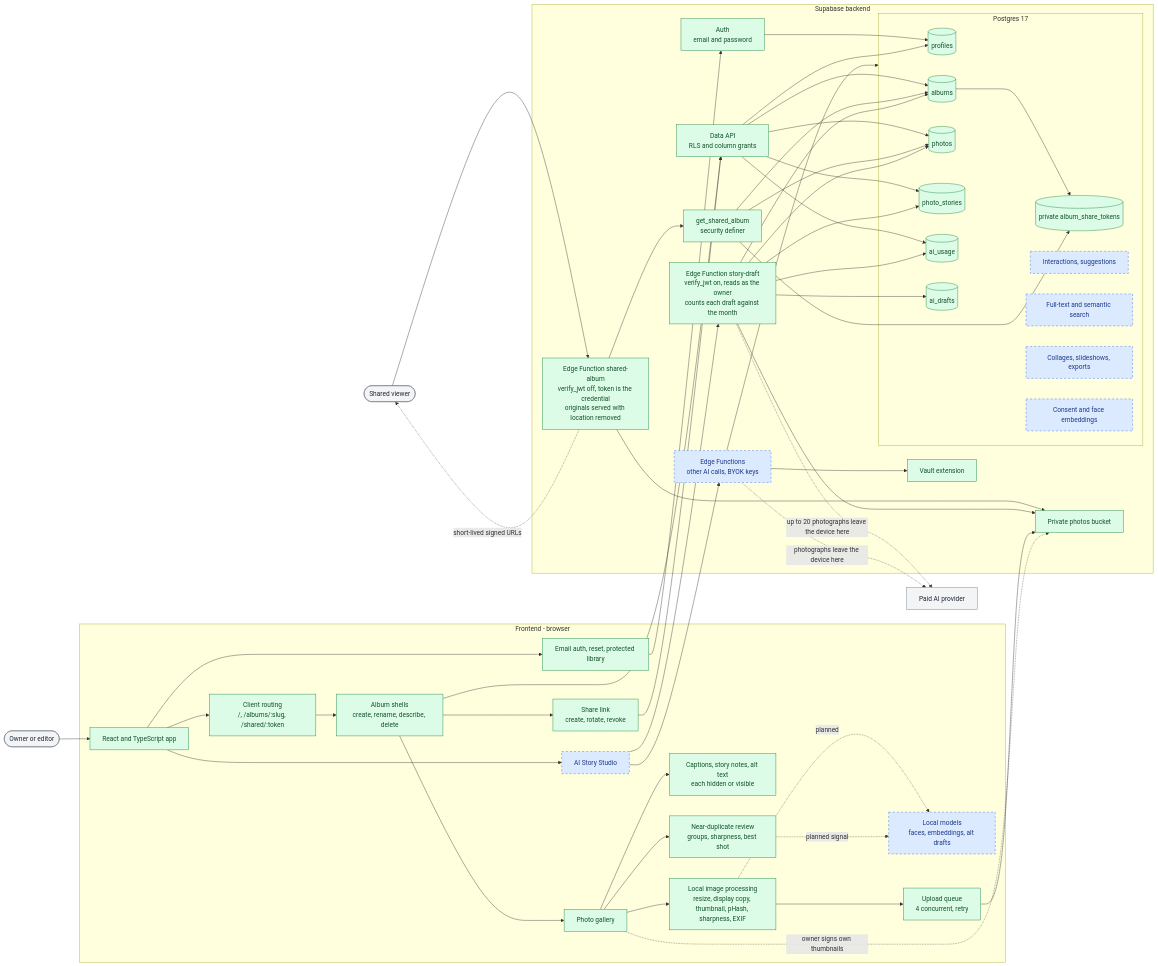
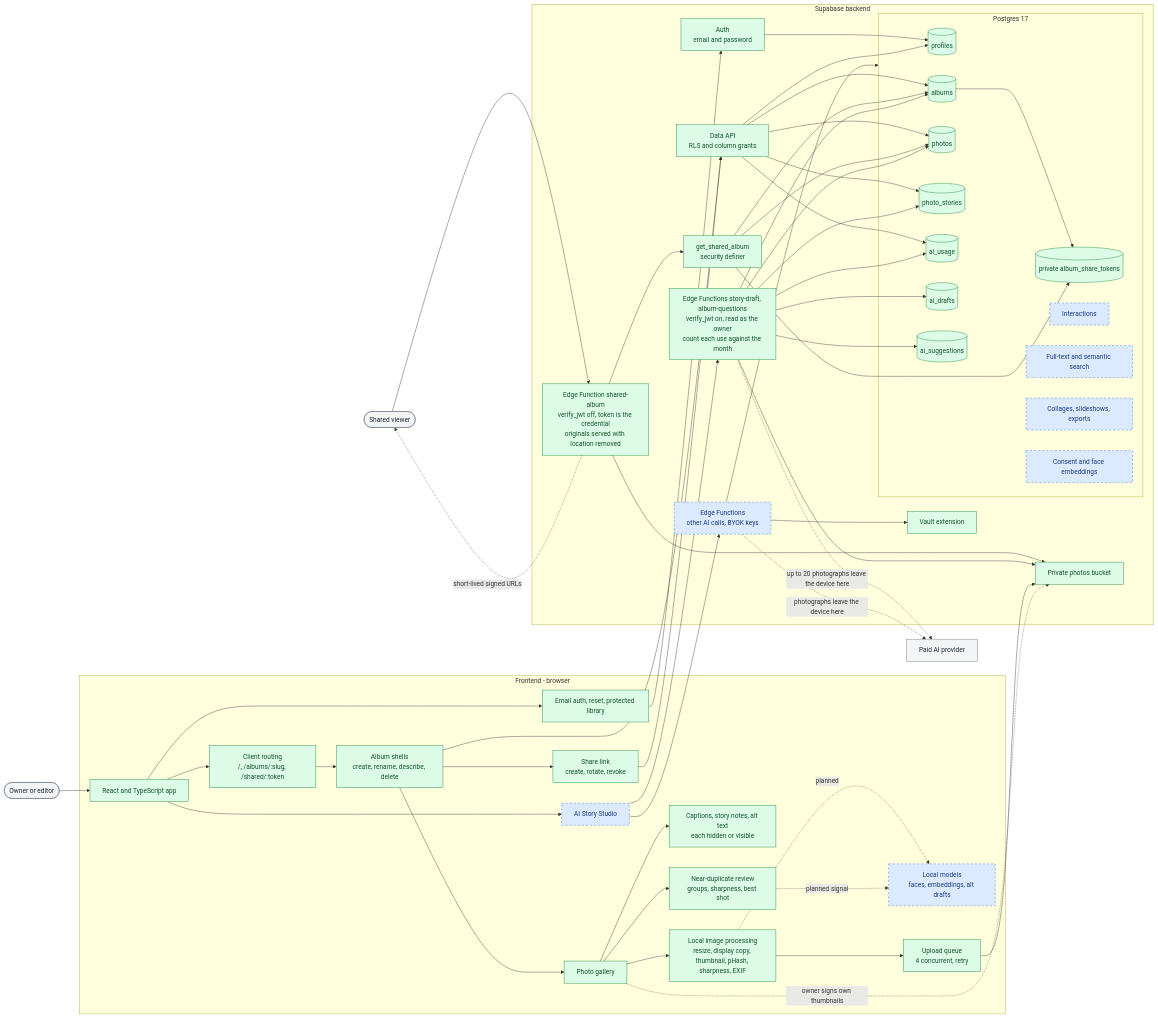
The first of 3 diagrams in docs/project-structure.md (Elizabeth1979/albums-studio), drawn with Mermaid before and after one commit. The commit also changed other lines of this file and 19 other files, not shown here.

```diff
--- a/docs/project-structure.md
+++ b/docs/project-structure.md
@@ -92,15 +92,16 @@
             Stories[(photo_stories)]:::current
             Usage[(ai_usage)]:::current
             Drafts[(ai_drafts)]:::current
+            Questions[(ai_suggestions)]:::current
             Tokens[(private album_share_tokens)]:::current
-            AISchema["Interactions, suggestions"]:::planned
+            AISchema["Interactions"]:::planned
             SearchSchema["Full-text and semantic search"]:::planned
             OutputSchema["Collages, slideshows, exports"]:::planned
             FaceSchema["Consent and face embeddings"]:::planned
         end
 
         EdgeShare["Edge Function shared-album<br/>verify_jwt off, token is the credential<br/>originals served with location removed"]:::current
-        EdgeStory["Edge Function story-draft<br/>verify_jwt on, reads as the owner<br/>counts each draft against the month"]:::current
+        EdgeStory["Edge Functions story-draft, album-questions<br/>verify_jwt on, read as the owner<br/>count each use against the month"]:::current
         EdgeAI["Edge Functions<br/>other AI calls, BYOK keys"]:::planned
 
         Auth --> Profiles
@@ -109,7 +110,7 @@
         RPC --> Albums & Photos & Tokens
         EdgeShare --> RPC
         EdgeShare --> Storage
-        EdgeStory --> Albums & Photos & Stories & Drafts & Usage
+        EdgeStory --> Albums & Photos & Stories & Drafts & Questions & Usage
         EdgeStory --> Storage
         EdgeAI --> Database
         EdgeAI --> Vault
```
